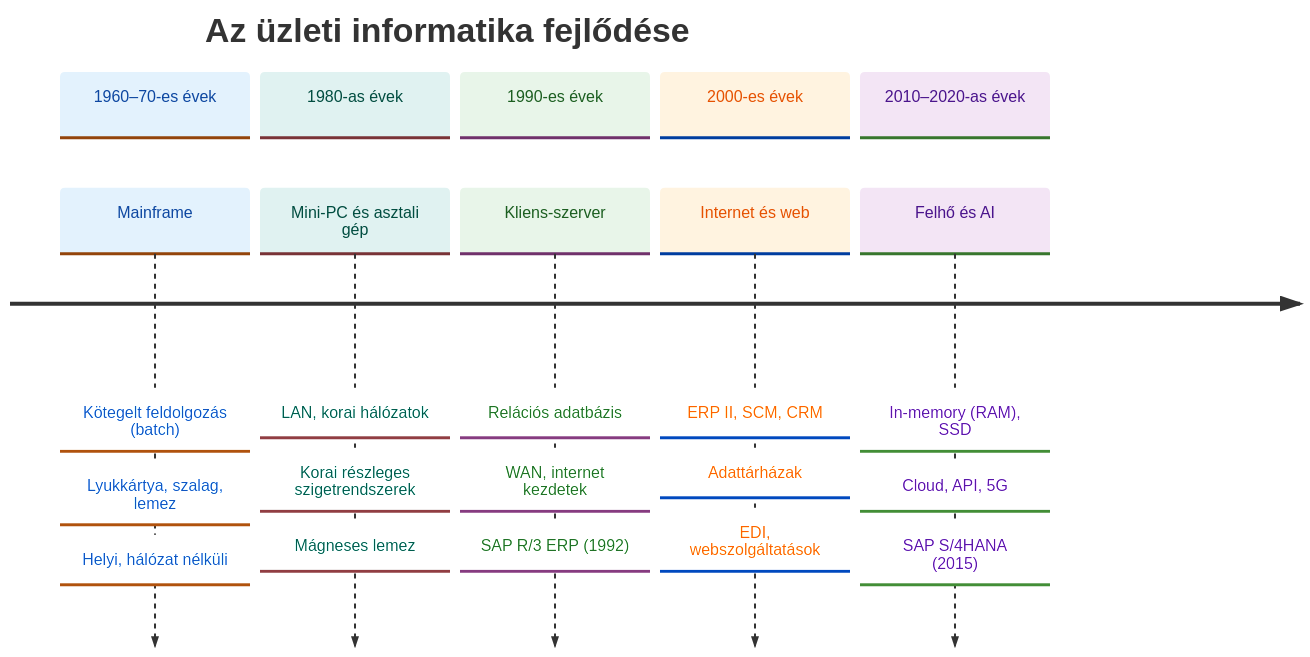
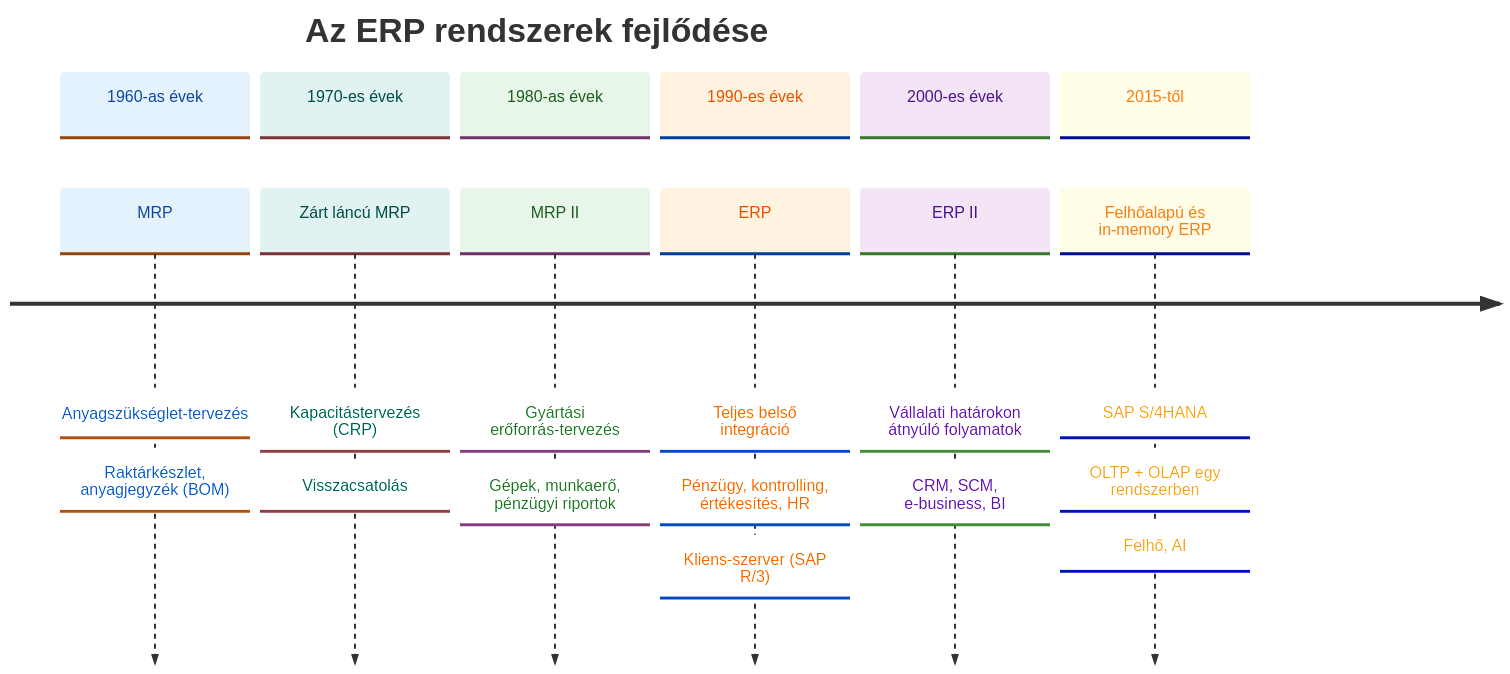
Before and after one commit to denespocsik/MM_BSC_Zarovizsga: the first of 2 diagrams in Tételek/V12-GMXIV2MBLF-ERP fogalma és fejlődéstörténete.tétel.md, drawn with Mermaid. The commit also changed other lines of this file and 1 other file, not shown here.

````diff
--- a/Tételek/V12-GMXIV2MBLF-ERP fogalma és fejlődéstörténete.tétel.md
+++ b/Tételek/V12-GMXIV2MBLF-ERP fogalma és fejlődéstörténete.tétel.md
@@ -21,25 +40,25 @@
 ```mermaid
-%%{init: {'theme':'base','themeVariables':{'cScale0':'#e3f2fd','cScaleLabel0':'#0d47a1','cScale1':'#e0f2f1','cScaleLabel1':'#004d40','cScale2':'#e8f5e9','cScaleLabel2':'#1b5e20','cScale3':'#fff3e0','cScaleLabel3':'#e65100','cScale4':'#f3e5f5','cScaleLabel4':'#4a148c','titleColor':'#263238','lineColor':'#546e7a'}}}%%
+%%{init: {'theme':'base','themeVariables':{'cScale0':'#e3f2fd','cScaleLabel0':'#0d47a1','cScale1':'#e0f2f1','cScaleLabel1':'#004d40','cScale2':'#e8f5e9','cScaleLabel2':'#1b5e20','cScale3':'#fff3e0','cScaleLabel3':'#e65100','cScale4':'#f3e5f5','cScaleLabel4':'#4a148c','cScale5':'#fffde7','cScaleLabel5':'#f57f17','titleColor':'#263238','lineColor':'#546e7a'}}}%%
 timeline
-    title Az üzleti informatika fejlődése
-    section 1960–70-es évek
-        Mainframe : Kötegelt feldolgozás (batch)
-                  : Lyukkártya, szalag, lemez
-                  : Helyi, hálózat nélküli
+    title Az ERP rendszerek fejlődése
+    section 1960-as évek
+        MRP : Anyagszükséglet-tervezés
+            : Raktárkészlet, anyagjegyzék (BOM)
+    section 1970-es évek
+        Zárt láncú MRP : Kapacitástervezés (CRP)
+                       : Visszacsatolás
     section 1980-as évek
-        Mini-PC és asztali gép : LAN, korai hálózatok
-                               : Korai részleges szigetrendszerek
-                               : Mágneses lemez
+        MRP II : Gyártási erőforrás-tervezés
+               : Gépek, munkaerő, pénzügyi riportok
     section 1990-es évek
-        Kliens-szerver : Relációs adatbázis
-                      : WAN, internet kezdetek
-                      : SAP R/3 ERP (1992)
+        ERP : Teljes belső integráció
+            : Pénzügy, kontrolling, értékesítés, HR
+            : Kliens-szerver (SAP R/3)
     section 2000-es évek
-        Internet és web : ERP II, SCM, CRM
-                        : Adattárházak
-                        : EDI, webszolgáltatások
-    section 2010–2020-as évek
-        Felhő és AI : In-memory (RAM), SSD
-                    : Cloud, API, 5G
-                    : SAP S/4HANA (2015)
+        ERP II : Vállalati határokon átnyúló folyamatok
+               : CRM, SCM, e-business, BI
+    section 2015-től
+        Felhőalapú és in-memory ERP : SAP S/4HANA
+                                    : OLTP + OLAP egy rendszerben
+                                    : Felhő, AI
 ```
````
